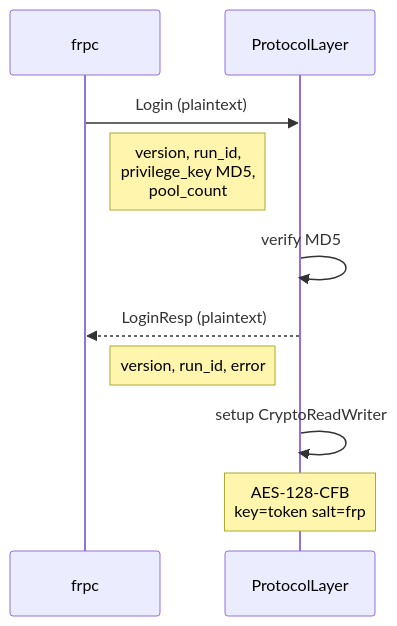
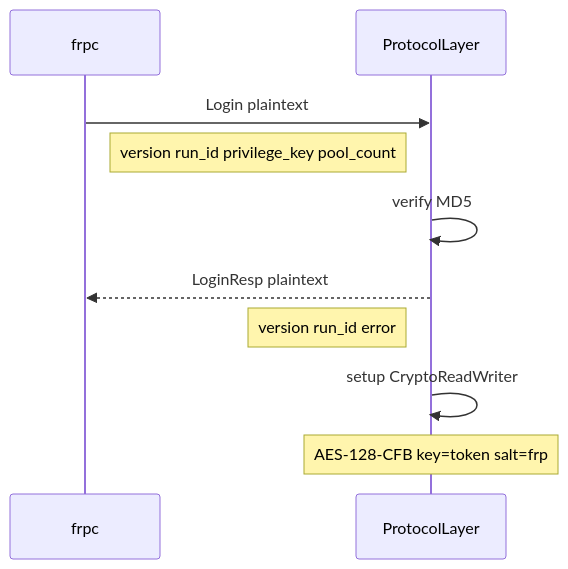
Before and after one commit to cagojeiger/drp: the second of 6 diagrams in docs/architecture/protocol-layer.md, drawn with Mermaid. The commit also changed other lines of this file and 3 other files, not shown here.

First line of the commit message:
fix(docs): rewrite all Mermaid diagrams for VS Code compatibility

````diff
--- a/docs/architecture/protocol-layer.md
+++ b/docs/architecture/protocol-layer.md
@@ -32,15 +32,15 @@
 ```mermaid
 sequenceDiagram
     participant F as frpc
     participant P as ProtocolLayer
 
-    F->>P: Login (plaintext)
-    Note right of F: version, run_id,<br/>privilege_key MD5,<br/>pool_count
+    F->>P: Login plaintext
+    Note right of F: version run_id privilege_key pool_count
 
     P->>P: verify MD5
-    P-->>F: LoginResp (plaintext)
-    Note left of P: version, run_id, error
+    P-->>F: LoginResp plaintext
+    Note left of P: version run_id error
 
     P->>P: setup CryptoReadWriter
-    Note over P: AES-128-CFB<br/>key=token salt=frp
+    Note over P: AES-128-CFB key=token salt=frp
 ```
````
